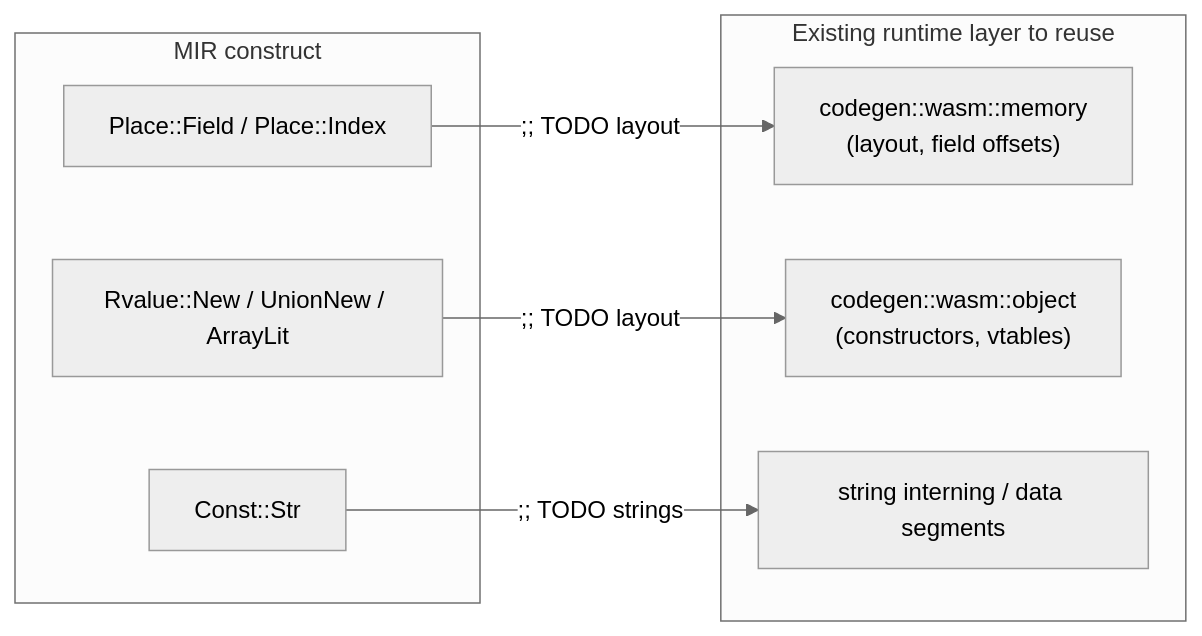
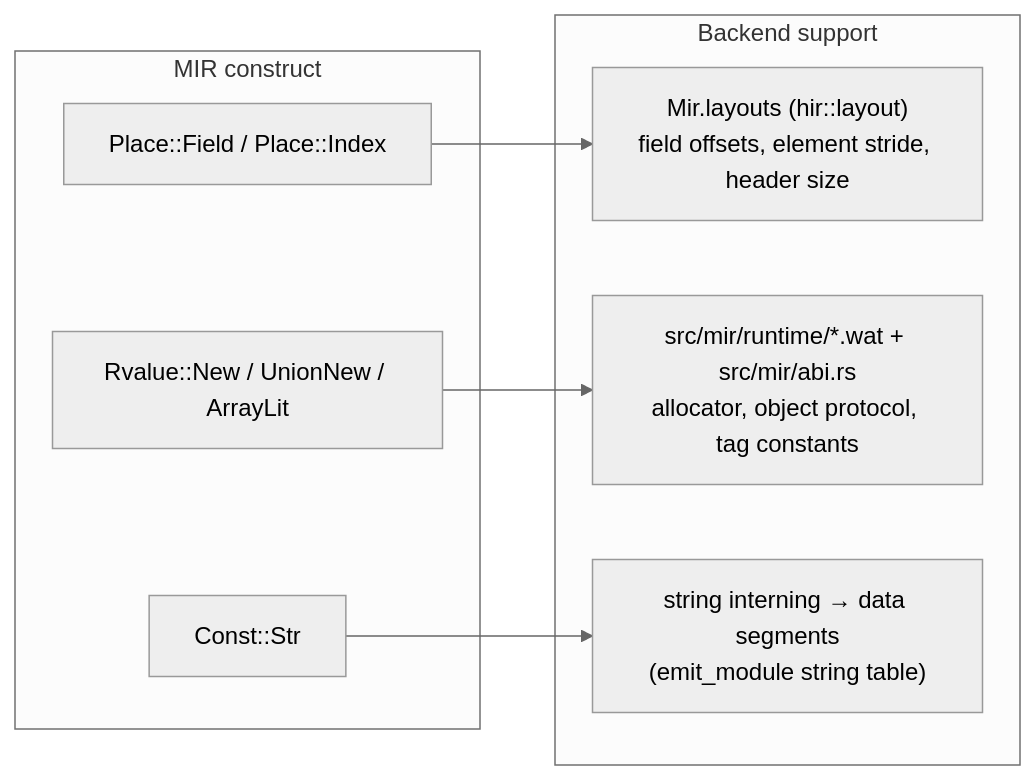
Before and after one commit to sps014/MinLang: the fourth of 4 diagrams in design/compiler/06-relooper-and-backend.md, drawn with Mermaid (neutral theme). The commit also changed other lines of this file and 15 other files, not shown here.

First line of the commit message:
refactor: finalize migration to MIR backend and remove legacy components

````diff
--- a/design/compiler/06-relooper-and-backend.md
+++ b/design/compiler/06-relooper-and-backend.md
@@ -113,16 +114,16 @@
 ```mermaid
 flowchart LR
     subgraph "MIR construct"
       f["Place::Field / Place::Index"]
       n["Rvalue::New / UnionNew / ArrayLit"]
       s["Const::Str"]
     end
-    subgraph "Existing runtime layer to reuse"
-      mem["codegen::wasm::memory\n(layout, field offsets)"]
-      obj["codegen::wasm::object\n(constructors, vtables)"]
-      str["string interning / data segments"]
+    subgraph "Backend support"
+      lay["Mir.layouts (hir::layout)\nfield offsets, element stride, header size"]
+      rt["src/mir/runtime/*.wat + src/mir/abi.rs\nallocator, object protocol, tag constants"]
+      str["string interning → data segments\n(emit_module string table)"]
     end
-    f -->|;; TODO layout| mem
-    n -->|;; TODO layout| obj
-    s -->|;; TODO strings| str
+    f --> lay
+    n --> rt
+    s --> str
 ```
````
